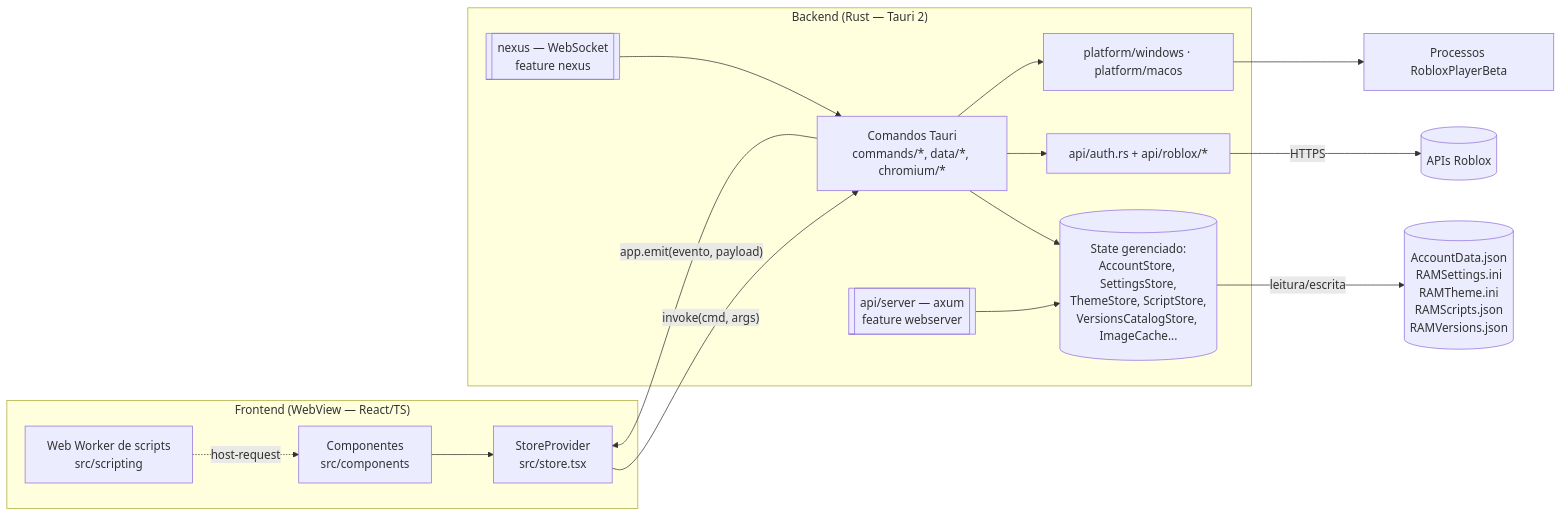
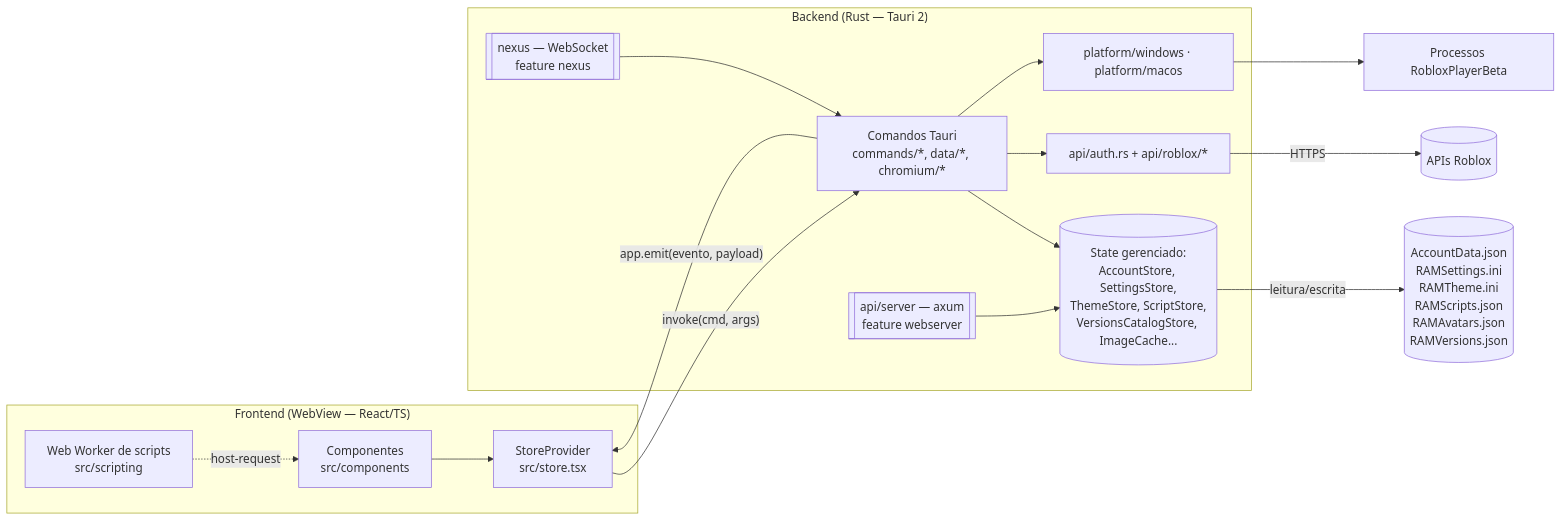
The diagram in docs/architecture.md (luanmacea/MultiAlt), drawn with Mermaid before and after one commit. The commit also changed other lines of this file and 5 other files, not shown here.

````diff
--- a/docs/architecture.md
+++ b/docs/architecture.md
@@ -5,30 +5,30 @@
 ```mermaid
 flowchart LR
     subgraph Frontend["Frontend (WebView — React/TS)"]
         UI[Componentes<br/>src/components]
         Store[StoreProvider<br/>src/store.tsx]
         Worker[Web Worker de scripts<br/>src/scripting]
         UI --> Store
         Worker -. host-request .-> UI
     end
 
     subgraph Backend["Backend (Rust — Tauri 2)"]
         Cmd[Comandos Tauri<br/>commands/*, data/*, chromium/*]
         Stores[(State gerenciado:<br/>AccountStore, SettingsStore,<br/>ThemeStore, ScriptStore,<br/>VersionsCatalogStore, ImageCache...)]
         Api[api/auth.rs + api/roblox/*]
         Plat[platform/windows · platform/macos]
         WS[[api/server — axum<br/>feature webserver]]
         NX[[nexus — WebSocket<br/>feature nexus]]
         Cmd --> Stores
         Cmd --> Api
         Cmd --> Plat
         WS --> Stores
         NX --> Cmd
     end
 
     Store -- "invoke(cmd, args)" --> Cmd
     Cmd -- "app.emit(evento, payload)" --> Store
     Api -- HTTPS --> Roblox[(APIs Roblox)]
-    Stores -- leitura/escrita --> Files[(AccountData.json<br/>RAMSettings.ini<br/>RAMTheme.ini<br/>RAMScripts.json<br/>RAMVersions.json)]
+    Stores -- leitura/escrita --> Files[(AccountData.json<br/>RAMSettings.ini<br/>RAMTheme.ini<br/>RAMScripts.json<br/>RAMAvatars.json<br/>RAMVersions.json)]
     Plat --> RbxProc[Processos RobloxPlayerBeta]
 ```
````
